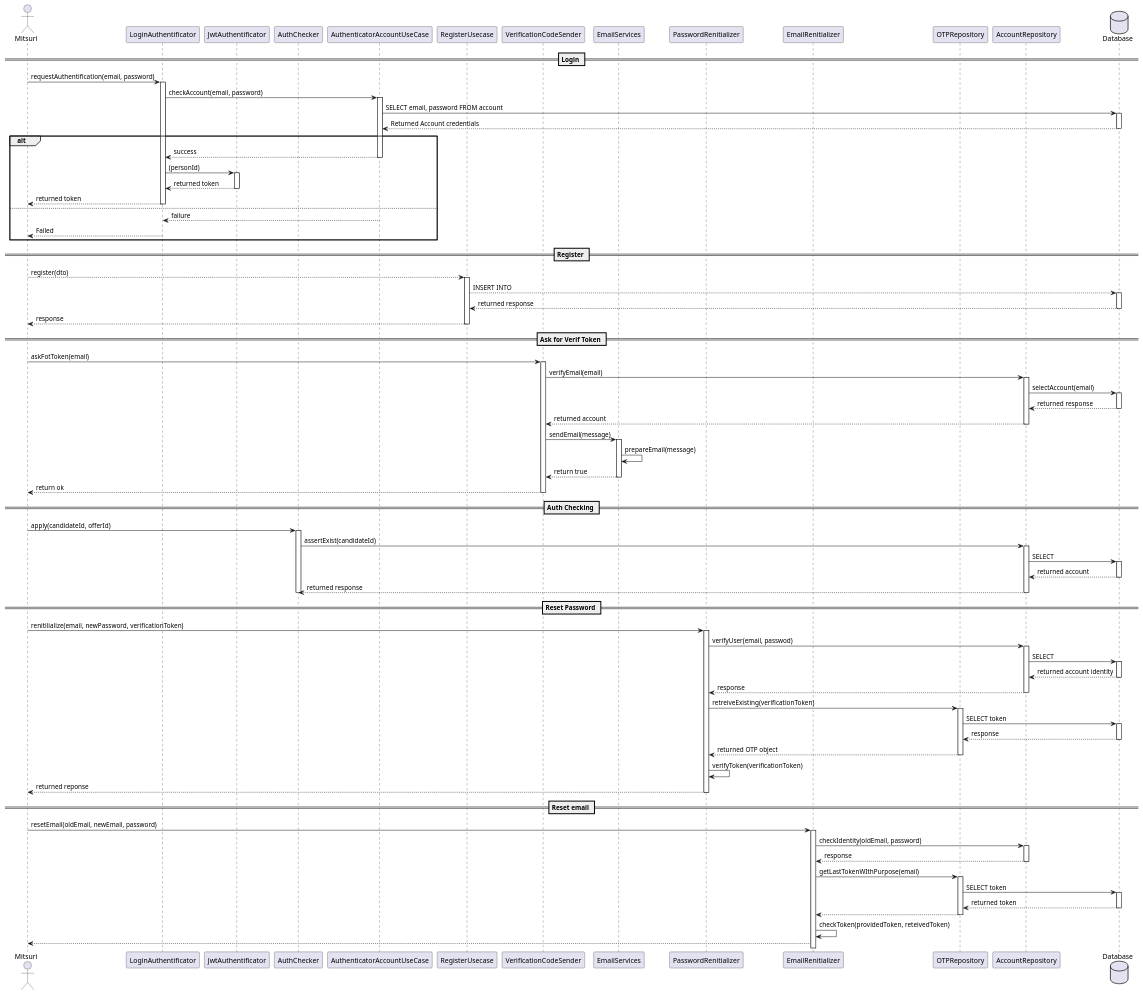
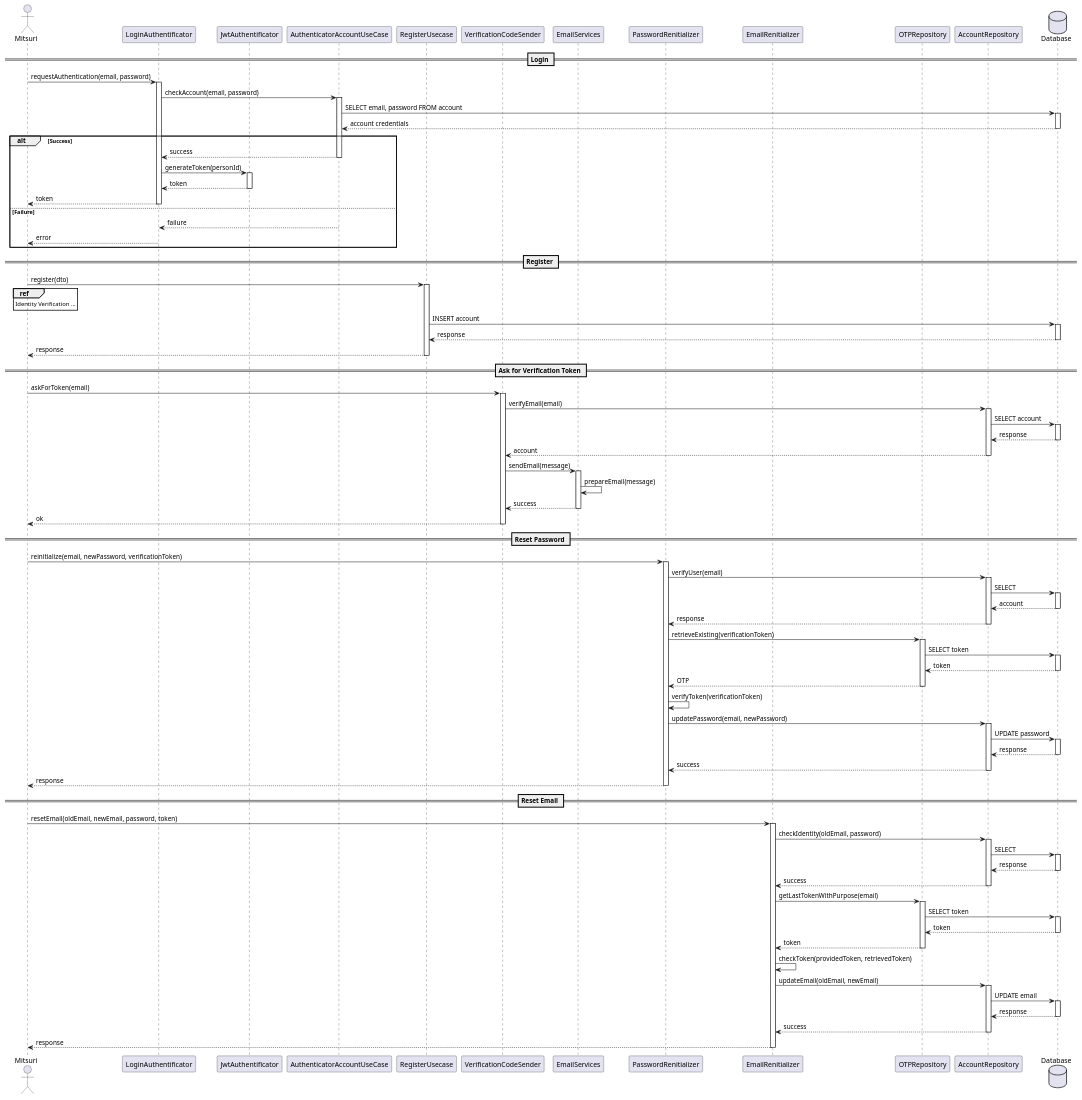
The diagram in ressources/modeling/sequences/authentificate.puml (Spriggan-Team/HiringForge), drawn with PlantUML before and after one commit. The commit also changed 17 other files, not shown here.

Commit message:
sequence diagramm & uml

```diff
--- a/ressources/modeling/sequences/authentificate.puml
+++ b/ressources/modeling/sequences/authentificate.puml
@@ -1,10 +1,9 @@
-@startuml Auht Flow
+@startuml Auth Flow
 
 actor Mitsuri as Account
 
 participant LoginAuthentificator
 participant JwtAuthentificator
-participant AuthChecker
 
 participant AuthenticatorAccountUseCase
 participant RegisterUsecase
@@ -22,177 +21,187 @@
 
 == Login ==
 
-'Start Authentification
-Account -> LoginAuthentificator : requestAuthentification(email, password)
+'Start Authentication
+Account -> LoginAuthentificator : requestAuthentication(email, password)
 activate LoginAuthentificator
 
-'Start call for usecase after data validation
+'Call usecase after validation
 LoginAuthentificator -> AuthenticatorAccountUseCase : checkAccount(email, password)
 activate AuthenticatorAccountUseCase
 
 'Database validation
-AuthenticatorAccountUseCase -> Database :  SELECT email, password FROM account
+AuthenticatorAccountUseCase -> Database : SELECT email, password FROM account
 activate Database
-
-Database --> AuthenticatorAccountUseCase : Returned Account credentials
+Database --> AuthenticatorAccountUseCase : account credentials
 deactivate Database
 
-'Reply the response if the provided & recorded provider match
-alt
+alt Success
     AuthenticatorAccountUseCase --> LoginAuthentificator : success
     deactivate AuthenticatorAccountUseCase
 
-    'Prepare Token
-    LoginAuthentificator -> JwtAuthentificator : (personId)
+    'Generate Token
+    LoginAuthentificator -> JwtAuthentificator : generateToken(personId)
     activate JwtAuthentificator
     
-    JwtAuthentificator --> LoginAuthentificator : returned token
+    JwtAuthentificator --> LoginAuthentificator : token
     deactivate JwtAuthentificator
 
+    LoginAuthentificator --> Account : token
+    deactivate LoginAuthentificator
+else Failure
+    AuthenticatorAccountUseCase --> LoginAuthentificator : failure
+    deactivate AuthenticatorAccountUseCase
 
-    LoginAuthentificator --> Account : returned token
+    LoginAuthentificator --> Account : error
     deactivate LoginAuthentificator
-else
-    'Failure
-    AuthenticatorAccountUseCase --> LoginAuthentificator : failure
-    LoginAuthentificator --> Account : Failed
 end
-
 
 
 == Register ==
 
-'UseCase for registering
-Account --> RegisterUsecase : register(dto)
+'Register usecase
+Account -> RegisterUsecase : register(dto)
 activate RegisterUsecase
 
-RegisterUsecase --> Database : INSERT INTO
+ref over Account
+    Identity Verification ...
+end ref
+
+RegisterUsecase -> Database : INSERT account
 activate Database
-
-Database --> RegisterUsecase: returned response
+Database --> RegisterUsecase: response
 deactivate Database
 
 RegisterUsecase --> Account : response
 deactivate RegisterUsecase
 
-== Ask for Verif Token ==
 
-'Ask for Token verif
-Account -> VerificationCodeSender : askFotToken(email)
+== Ask for Verification Token ==
+
+'Request token
+Account -> VerificationCodeSender : askForToken(email)
 activate VerificationCodeSender
 
-'VerifEmail
+'Verify email existence
 VerificationCodeSender -> AccountRepository : verifyEmail(email)
 activate AccountRepository
 
-'Account verification with bdd
+AccountRepository -> Database : SELECT account
+activate Database
+Database --> AccountRepository: response
+deactivate Database
 
-AccountRepository -> Database : selectAccount(email)
-activate Database
-Database --> AccountRepository: returned response
-deactivate Database
-AccountRepository --> VerificationCodeSender : returned account
+AccountRepository --> VerificationCodeSender : account
 deactivate AccountRepository
 
-'Send Message (with token) to Email
+'Send email with token
 VerificationCodeSender -> EmailServices : sendEmail(message)
 activate EmailServices
+
 EmailServices -> EmailServices : prepareEmail(message)
-EmailServices --> VerificationCodeSender : return true
+EmailServices --> VerificationCodeSender : success
 deactivate EmailServices
 
-VerificationCodeSender --> Account : return ok
+VerificationCodeSender --> Account : ok
 deactivate VerificationCodeSender
-
-== Auth Checking ==
-
-'Chack User 
-Account -> AuthChecker : apply(candidateId, offerId)
-activate AuthChecker
-AuthChecker -> AccountRepository : assertExist(candidateId)
-activate AccountRepository
-
-'Check user in bdd
-AccountRepository -> Database : SELECT
-activate Database
-Database --> AccountRepository: returned account
-deactivate
-
-AccountRepository --> AuthChecker: returned response
-deactivate AccountRepository
-deactivate AuthChecker
 
 
 == Reset Password ==
 
-
-
-'Ask for reset
-Account -> PasswordRenitializer : renitilialize(email, newPassword, verificationToken)
+'Request reset
+Account -> PasswordRenitializer : reinitialize(email, newPassword, verificationToken)
 activate PasswordRenitializer
 
-'Check user info
-PasswordRenitializer -> AccountRepository : verifyUser(email, passwod)
+'Check user
+PasswordRenitializer -> AccountRepository : verifyUser(email)
 activate AccountRepository
 
-'SQL request
 AccountRepository -> Database : SELECT
 activate Database
-
-Database --> AccountRepository : returned account identity
+Database --> AccountRepository : account
 deactivate Database
 
 AccountRepository --> PasswordRenitializer : response
 deactivate AccountRepository
 
-'Search for Token 
-PasswordRenitializer -> OTPRepository : retreiveExisting(verificationToken)
-activate OTPRepository
-OTPRepository -> Database : SELECT token 
-activate Database
-Database --> OTPRepository : response
-deactivate Database
-
-OTPRepository --> PasswordRenitializer : returned OTP object
-deactivate OTPRepository
-
-'Verificaton token
-PasswordRenitializer -> PasswordRenitializer : verifyToken(verificationToken)
-
-PasswordRenitializer --> Account: returned reponse
-deactivate PasswordRenitializer
-
-== Reset email ==
-
-'Ask for email renitialization
-Account -> EmailRenitializer : resetEmail(oldEmail, newEmail, password)
-activate EmailRenitializer
-
-'Check for existing email
-EmailRenitializer -> AccountRepository : checkIdentity(oldEmail, password)
-activate AccountRepository
-AccountRepository --> EmailRenitializer : response
-deactivate AccountRepository
-
-'Retrive Token
-EmailRenitializer -> OTPRepository : getLastTokenWIthPurpose(email)
+'Retrieve token
+PasswordRenitializer -> OTPRepository : retrieveExisting(verificationToken)
 activate OTPRepository
 
 OTPRepository -> Database : SELECT token
 activate Database
-Database --> OTPRepository : returned token
+Database --> OTPRepository : token
 deactivate Database
 
-OTPRepository --> EmailRenitializer
-deactivate
+OTPRepository --> PasswordRenitializer : OTP
+deactivate OTPRepository
 
-'Compare toaken
-EmailRenitializer -> EmailRenitializer : checkToken(providedToken, reteivedToken)
+'Verify token
+PasswordRenitializer -> PasswordRenitializer : verifyToken(verificationToken)
 
-'User Respone
-EmailRenitializer --> Account
- 
+'Update password
+PasswordRenitializer -> AccountRepository : updatePassword(email, newPassword)
+activate AccountRepository
+
+AccountRepository -> Database : UPDATE password
+activate Database
+Database --> AccountRepository : response
+deactivate Database
+
+AccountRepository --> PasswordRenitializer : success
+deactivate AccountRepository
+
+PasswordRenitializer --> Account: response
+deactivate PasswordRenitializer
 
 
+== Reset Email ==
+
+'Request email reset
+Account -> EmailRenitializer : resetEmail(oldEmail, newEmail, password, token)
+activate EmailRenitializer
+
+'Check identity
+EmailRenitializer -> AccountRepository : checkIdentity(oldEmail, password)
+activate AccountRepository
+
+AccountRepository -> Database : SELECT
+activate Database
+Database --> AccountRepository : response
+deactivate Database
+
+AccountRepository --> EmailRenitializer : success
+deactivate AccountRepository
+
+'Retrieve token
+EmailRenitializer -> OTPRepository : getLastTokenWithPurpose(email)
+activate OTPRepository
+
+OTPRepository -> Database : SELECT token
+activate Database
+Database --> OTPRepository : token
+deactivate Database
+
+OTPRepository --> EmailRenitializer : token
+deactivate OTPRepository
+
+'Compare token
+EmailRenitializer -> EmailRenitializer : checkToken(providedToken, retrievedToken)
+
+'Update email
+EmailRenitializer -> AccountRepository : updateEmail(oldEmail, newEmail)
+activate AccountRepository
+
+AccountRepository -> Database : UPDATE email
+activate Database
+Database --> AccountRepository : response
+deactivate Database
+
+AccountRepository --> EmailRenitializer : success
+deactivate AccountRepository
+
+'User response
+EmailRenitializer --> Account : response
+deactivate EmailRenitializer
 
 @enduml
```
